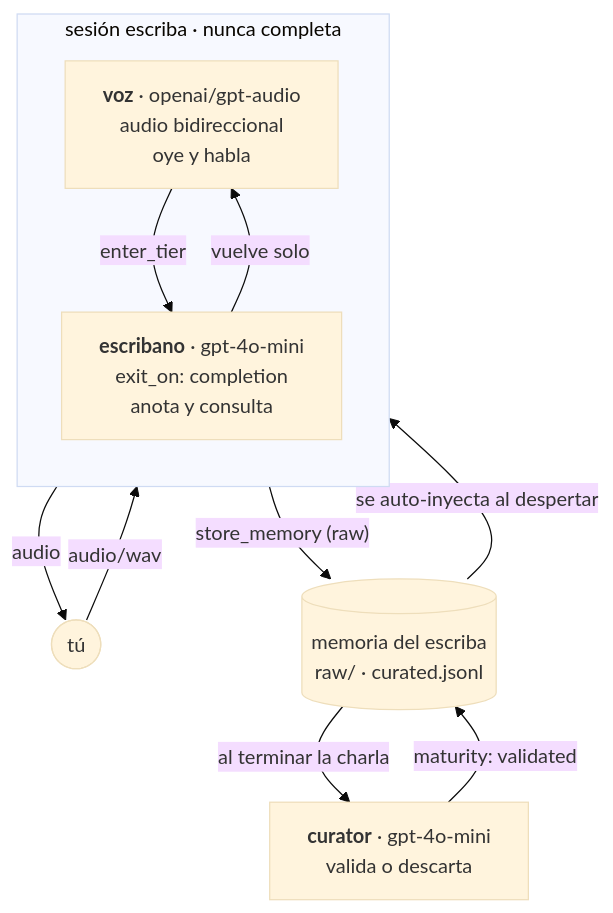
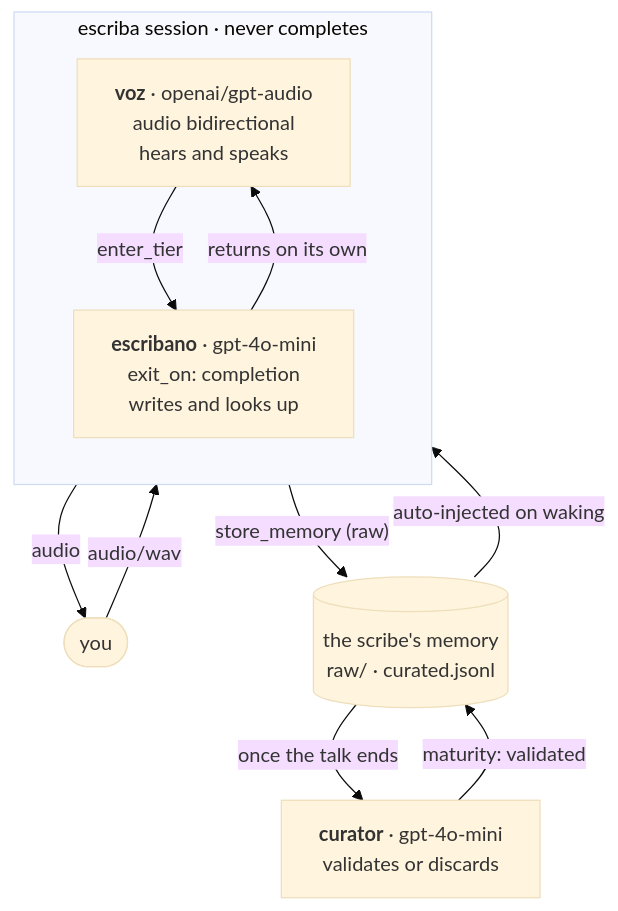
One commit to Jaato-framework-and-examples/jaato-escriba changed the first of 3 diagrams in README.md. Above: the diagram before and after it, drawn with Mermaid (base theme). The commit also changed other lines of this file and 18 other files, not shown here.

````diff
--- a/README.md
+++ b/README.md
@@ -23,22 +28,22 @@
 ```mermaid
 flowchart TB
-    tu(["tú"])
+    you(["you"])
 
-    subgraph S["sesión escriba · nunca completa"]
+    subgraph S["escriba session · never completes"]
         direction TB
-        voz["<b>voz</b> · openai/gpt-audio<br/>audio bidireccional<br/>oye y habla"]
-        esc["<b>escribano</b> · gpt-4o-mini<br/>exit_on: completion<br/>anota y consulta"]
+        voz["<b>voz</b> · openai/gpt-audio<br/>audio bidirectional<br/>hears and speaks"]
+        esc["<b>escribano</b> · gpt-4o-mini<br/>exit_on: completion<br/>writes and looks up"]
         voz -- "enter_tier" --> esc
-        esc -- "vuelve solo" --> voz
+        esc -- "returns on its own" --> voz
     end
 
-    mem[("memoria del escriba<br/>raw/ · curated.jsonl")]
-    cur["<b>curator</b> · gpt-4o-mini<br/>valida o descarta"]
+    mem[("the scribe's memory<br/>raw/ · curated.jsonl")]
+    cur["<b>curator</b> · gpt-4o-mini<br/>validates or discards"]
 
-    tu -- "audio/wav" --> voz
-    voz -- "audio" --> tu
+    you -- "audio/wav" --> voz
+    voz -- "audio" --> you
     esc -- "store_memory (raw)" --> mem
-    mem -- "al terminar la charla" --> cur
+    mem -- "once the talk ends" --> cur
     cur -- "maturity: validated" --> mem
-    mem -- "se auto-inyecta al despertar" --> voz
+    mem -- "auto-injected on waking" --> voz
 ```
````
